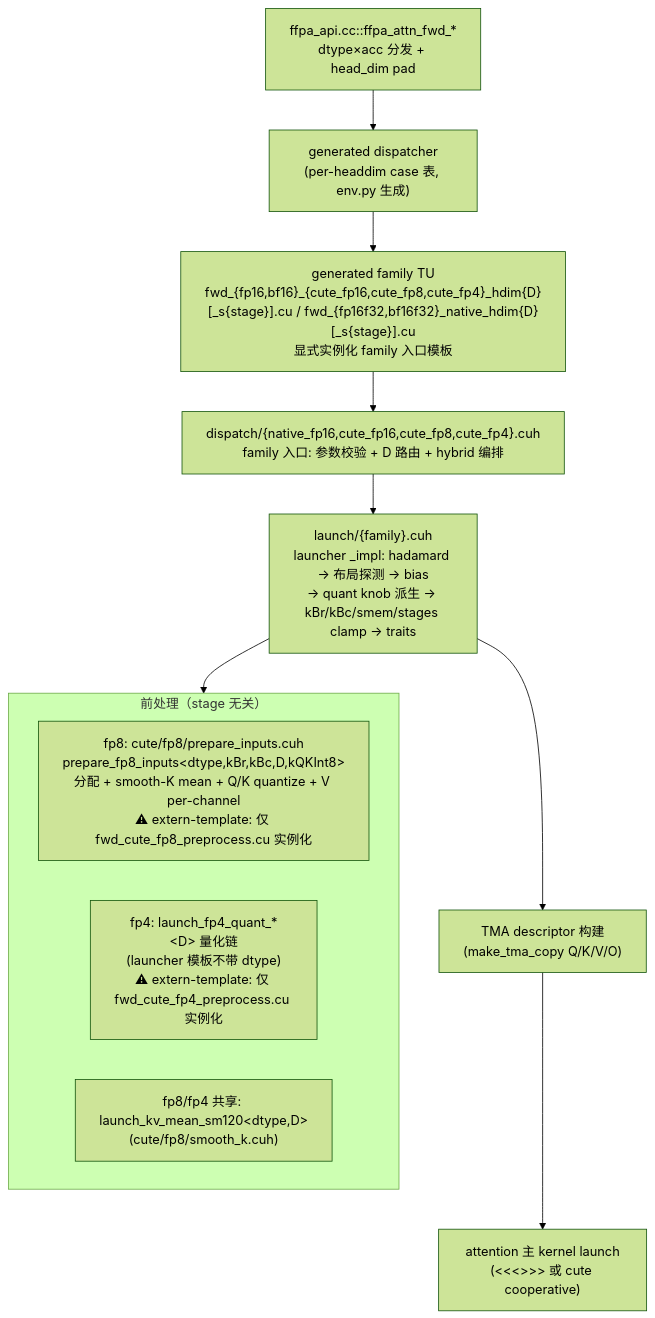
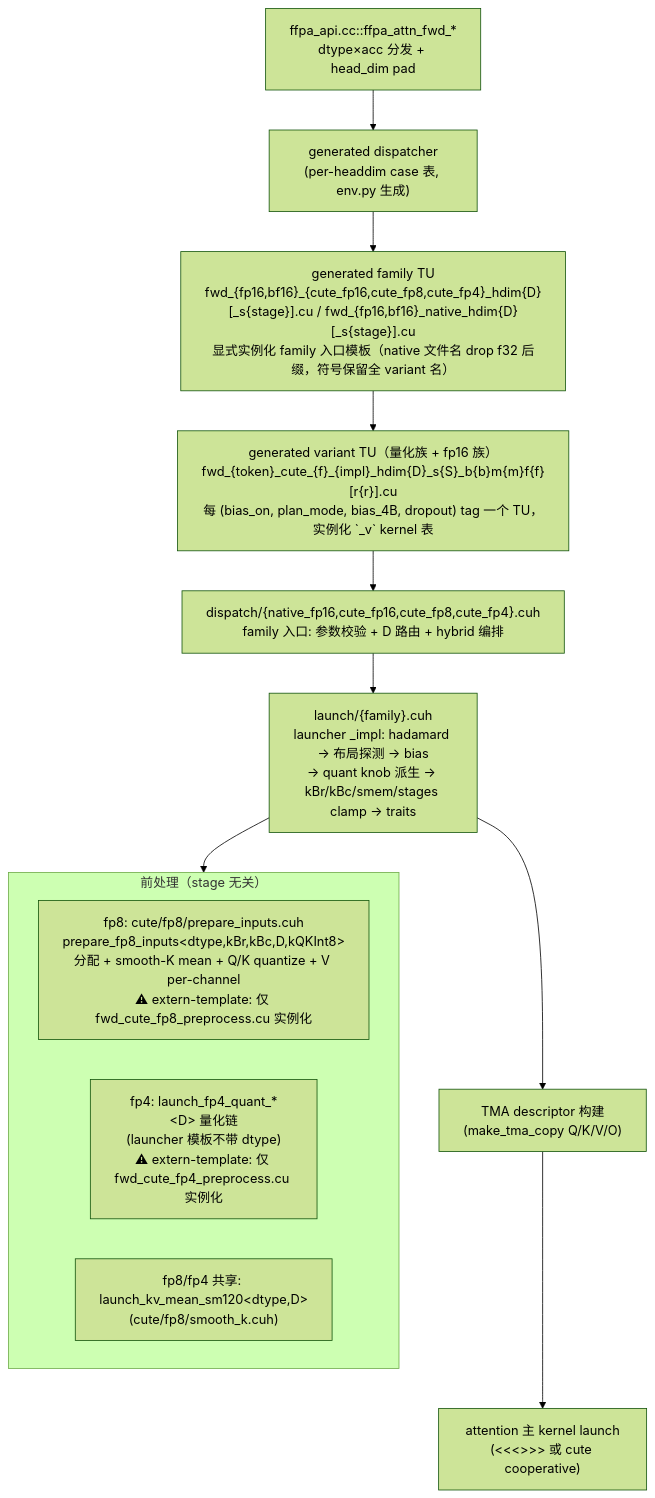
The second of 3 diagrams in .github/skills/ffpa-cuda-understand/SKILL.md (xlite-dev/ffpa-attn), drawn with Mermaid (forest theme) before and after one commit. The commit also changed other lines of this file and 1 other file, not shown here.

````diff
--- a/.github/skills/ffpa-cuda-understand/SKILL.md
+++ b/.github/skills/ffpa-cuda-understand/SKILL.md
@@ -99,16 +100,17 @@
 ```mermaid
 flowchart TD
     API["ffpa_api.cc::ffpa_attn_fwd_*<br/>dtype×acc 分发 + head_dim pad"] --> GEN["generated dispatcher<br/>(per-headdim case 表, env.py 生成)"]
-    GEN --> TU["generated family TU<br/>fwd_{fp16,bf16}_{cute_fp16,cute_fp8,cute_fp4}_hdim{D}[_s{stage}].cu / fwd_{fp16f32,bf16f32}_native_hdim{D}[_s{stage}].cu<br/>显式实例化 family 入口模板"]
-    TU --> DISP["dispatch/{native_fp16,cute_fp16,cute_fp8,cute_fp4}.cuh<br/>family 入口: 参数校验 + D 路由 + hybrid 编排"]
+    GEN --> TU["generated family TU<br/>fwd_{fp16,bf16}_{cute_fp16,cute_fp8,cute_fp4}_hdim{D}[_s{stage}].cu / fwd_{fp16,bf16}_native_hdim{D}[_s{stage}].cu<br/>显式实例化 family 入口模板（native 文件名 drop f32 后缀，符号保留全 variant 名）"]
+    TU --> VT["generated variant TU（量化族 + fp16 族）<br/>fwd_{token}_cute_{f}_{impl}_hdim{D}_s{S}_b{b}m{m}f{f}[r{r}].cu<br/>每 (bias_on, plan_mode, bias_4B, dropout) tag 一个 TU，实例化 `_v` kernel 表"]
+    VT --> DISP["dispatch/{native_fp16,cute_fp16,cute_fp8,cute_fp4}.cuh<br/>family 入口: 参数校验 + D 路由 + hybrid 编排"]
     DISP --> LAUNCH["launch/{family}.cuh<br/>launcher _impl: hadamard → 布局探测 → bias<br/>→ quant knob 派生 → kBr/kBc/smem/stages clamp → traits"]
     LAUNCH --> PRE["前处理编排"]
     LAUNCH --> TMA["TMA descriptor 构建<br/>(make_tma_copy Q/K/V/O)"]
     TMA --> KERN["attention 主 kernel launch<br/>(<<<>>> 或 cute cooperative)"]
 
     subgraph PRE["前处理（stage 无关）"]
         P1["fp8: cute/fp8/prepare_inputs.cuh<br/>prepare_fp8_inputs&lt;dtype,kBr,kBc,D,kQKInt8&gt;<br/>分配 + smooth-K mean + Q/K quantize + V per-channel<br/>⚠ extern-template: 仅 fwd_cute_fp8_preprocess.cu 实例化"]
         P2["fp4: launch_fp4_quant_*&lt;D&gt; 量化链<br/>(launcher 模板不带 dtype)<br/>⚠ extern-template: 仅 fwd_cute_fp4_preprocess.cu 实例化"]
         P3["fp8/fp4 共享: launch_kv_mean_sm120&lt;dtype,D&gt;<br/>(cute/fp8/smooth_k.cuh)"]
     end
 ```
````
